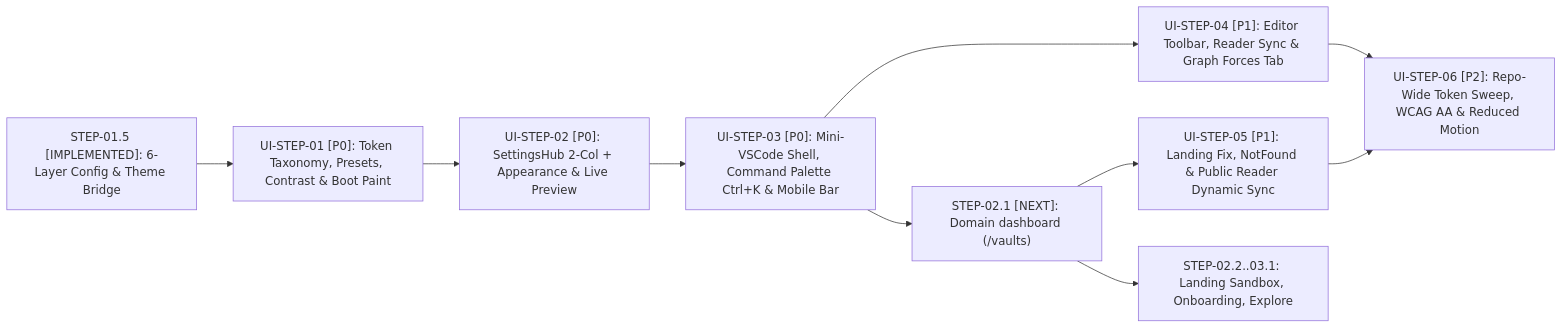
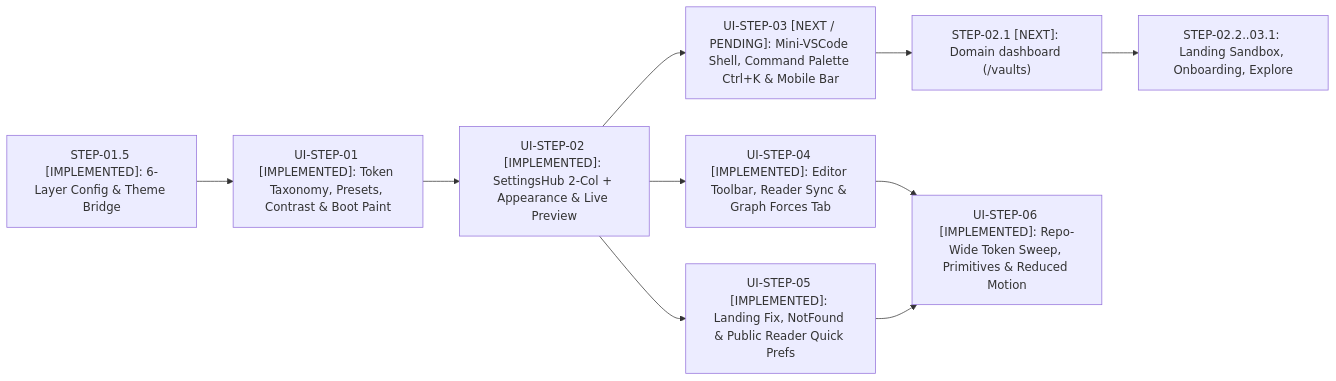
Before and after one commit to mjd-code/obmap-meed: the second of 2 diagrams in docs/02-planning/ui-ux-and-universal-design-system-plan.md, drawn with Mermaid. The commit also changed other lines of this file and 219 other files, not shown here.

````diff
--- a/docs/02-planning/ui-ux-and-universal-design-system-plan.md
+++ b/docs/02-planning/ui-ux-and-universal-design-system-plan.md
@@ -211,12 +212,12 @@
 ```mermaid
 flowchart LR
-    S15["STEP-01.5 [IMPLEMENTED]: 6-Layer Config & Theme Bridge"] --> UI1["UI-STEP-01 [P0]: Token Taxonomy, Presets, Contrast & Boot Paint"]
-    UI1 --> UI2["UI-STEP-02 [P0]: SettingsHub 2-Col + Appearance & Live Preview"]
-    UI2 --> UI3["UI-STEP-03 [P0]: Mini-VSCode Shell, Command Palette Ctrl+K & Mobile Bar"]
+    S15["STEP-01.5 [IMPLEMENTED]: 6-Layer Config & Theme Bridge"] --> UI1["UI-STEP-01 [IMPLEMENTED]: Token Taxonomy, Presets, Contrast & Boot Paint"]
+    UI1 --> UI2["UI-STEP-02 [IMPLEMENTED]: SettingsHub 2-Col + Appearance & Live Preview"]
+    UI2 --> UI3["UI-STEP-03 [NEXT / PENDING]: Mini-VSCode Shell, Command Palette Ctrl+K & Mobile Bar"]
     UI3 --> S21["STEP-02.1 [NEXT]: Domain dashboard (/vaults)"]
-    UI3 --> UI4["UI-STEP-04 [P1]: Editor Toolbar, Reader Sync & Graph Forces Tab"]
-    S21 --> UI5["UI-STEP-05 [P1]: Landing Fix, NotFound & Public Reader Dynamic Sync"]
+    UI2 --> UI4["UI-STEP-04 [IMPLEMENTED]: Editor Toolbar, Reader Sync & Graph Forces Tab"]
+    UI2 --> UI5["UI-STEP-05 [IMPLEMENTED]: Landing Fix, NotFound & Public Reader Quick Prefs"]
     S21 --> S22["STEP-02.2..03.1: Landing Sandbox, Onboarding, Explore"]
-    UI4 --> UI6["UI-STEP-06 [P2]: Repo-Wide Token Sweep, WCAG AA & Reduced Motion"]
+    UI4 --> UI6["UI-STEP-06 [IMPLEMENTED]: Repo-Wide Token Sweep, Primitives & Reduced Motion"]
     UI5 --> UI6
 ```
````
